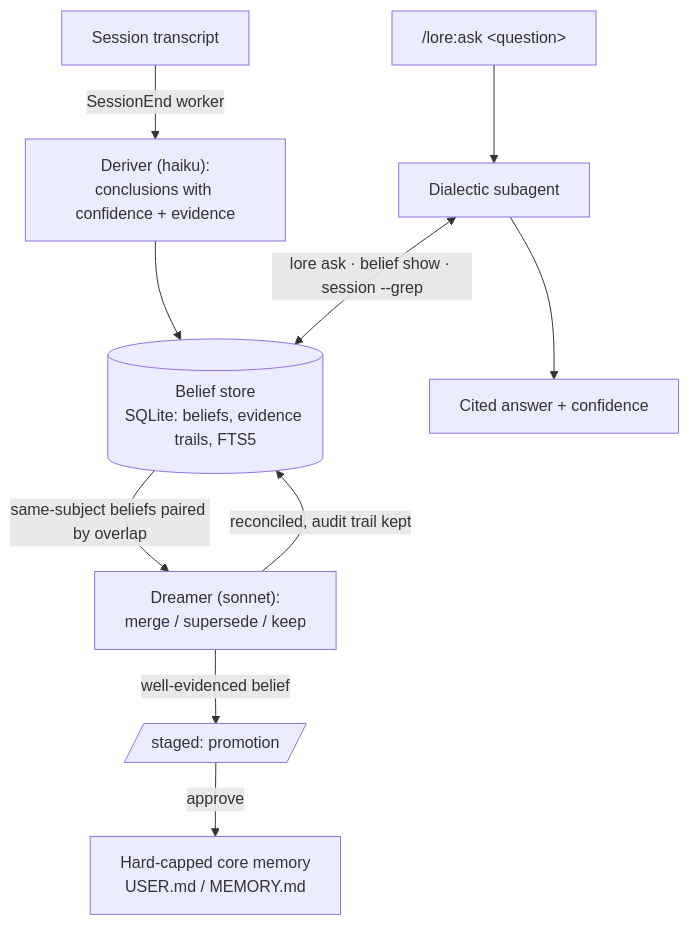
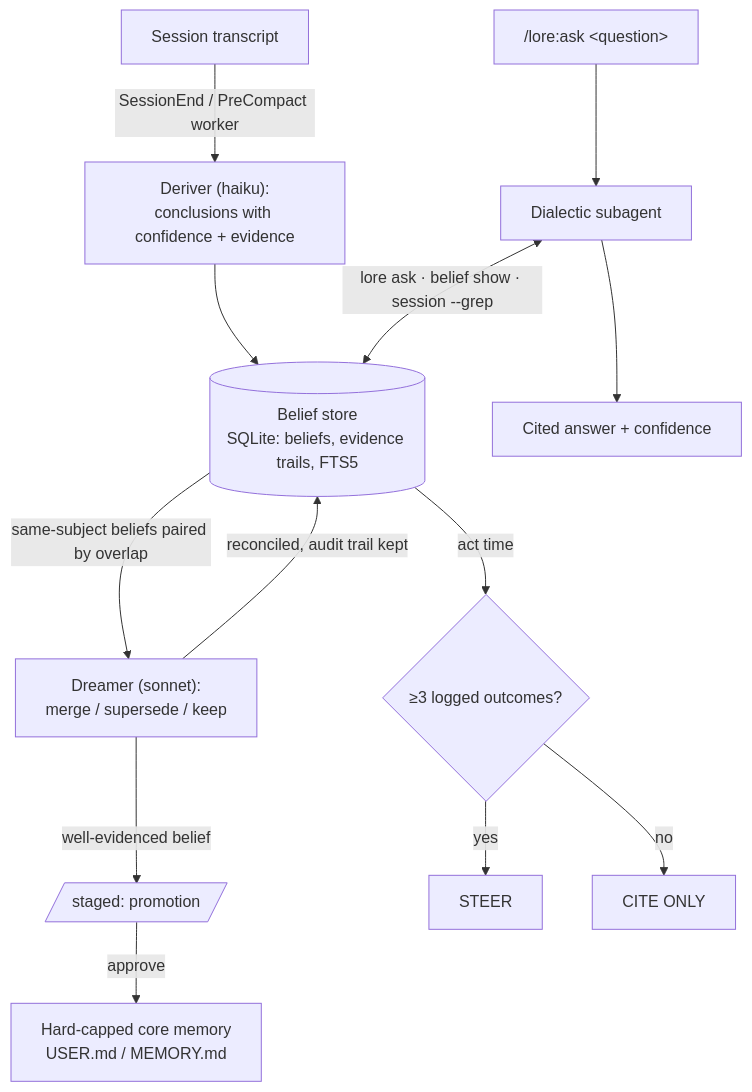
One commit to docwilde/LORE changed the second of 2 diagrams in README.md. Above: the diagram before and after it, drawn with Mermaid. The commit also changed other lines of this file, not shown here.

````diff
--- a/README.md
+++ b/README.md
@@ -197,12 +184,15 @@
 ```mermaid
 flowchart TD
-    S["Session transcript"] -->|"SessionEnd worker"| DE["Deriver (haiku):<br/>conclusions with confidence + evidence"]
+    S["Session transcript"] -->|"SessionEnd / PreCompact worker"| DE["Deriver (haiku):<br/>conclusions with confidence + evidence"]
     DE --> B[("Belief store<br/>SQLite: beliefs, evidence trails, FTS5")]
     B -->|"same-subject beliefs paired by overlap"| DR["Dreamer (sonnet):<br/>merge / supersede / keep"]
     DR -->|"reconciled, audit trail kept"| B
     DR -->|"well-evidenced belief"| P[/"staged: promotion"/]
     P -->|"approve"| M["Hard-capped core memory<br/>USER.md / MEMORY.md"]
     Q["/lore:ask &lt;question&gt;"] --> DI["Dialectic subagent"]
     DI <-->|"lore ask · belief show · session --grep"| B
     DI --> A["Cited answer + confidence"]
+    B -->|"act time"| CO{"≥3 logged outcomes?"}
+    CO -->|"yes"| ST["STEER"]
+    CO -->|"no"| CI["CITE ONLY"]
 ```
````
